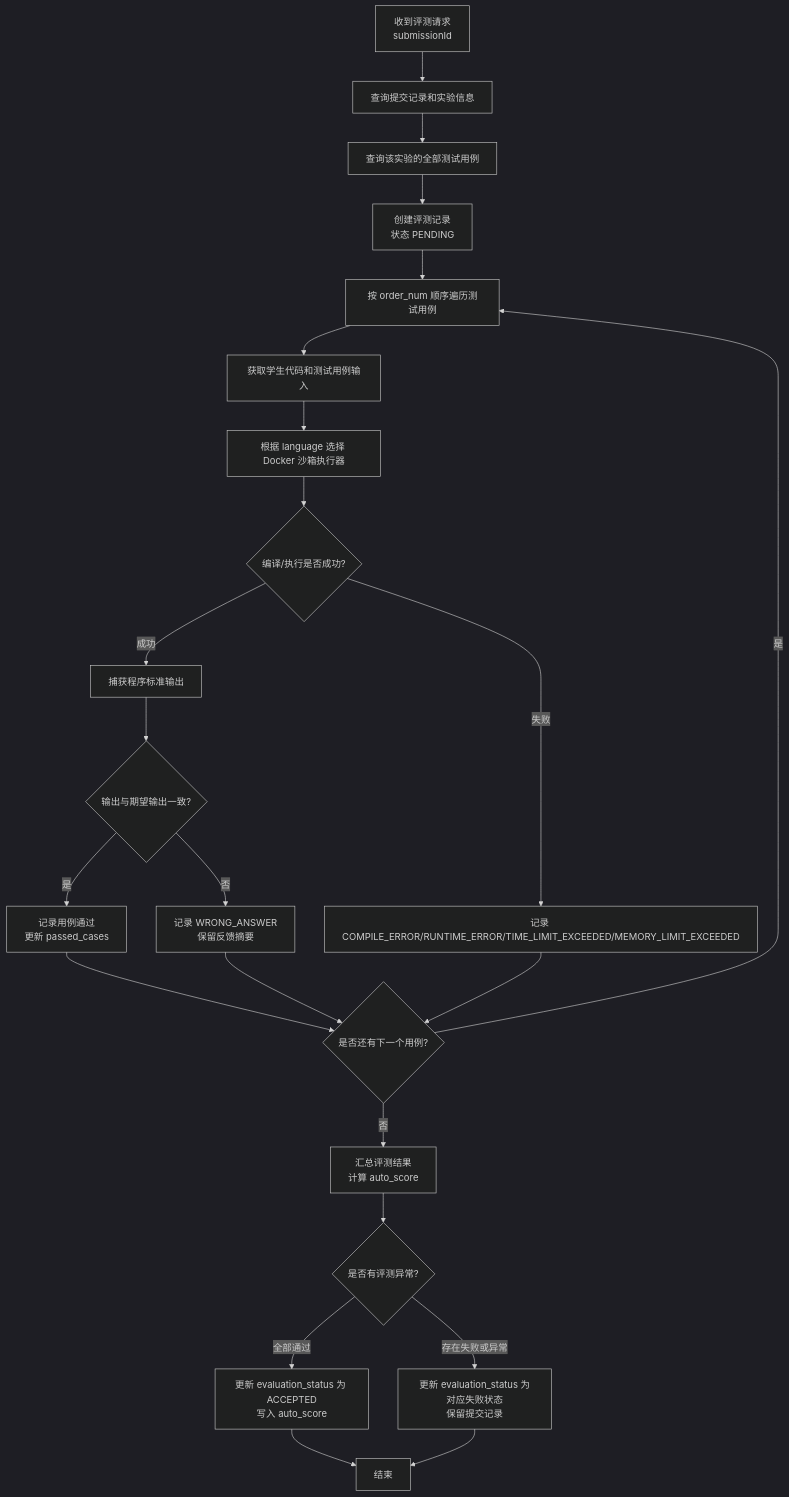
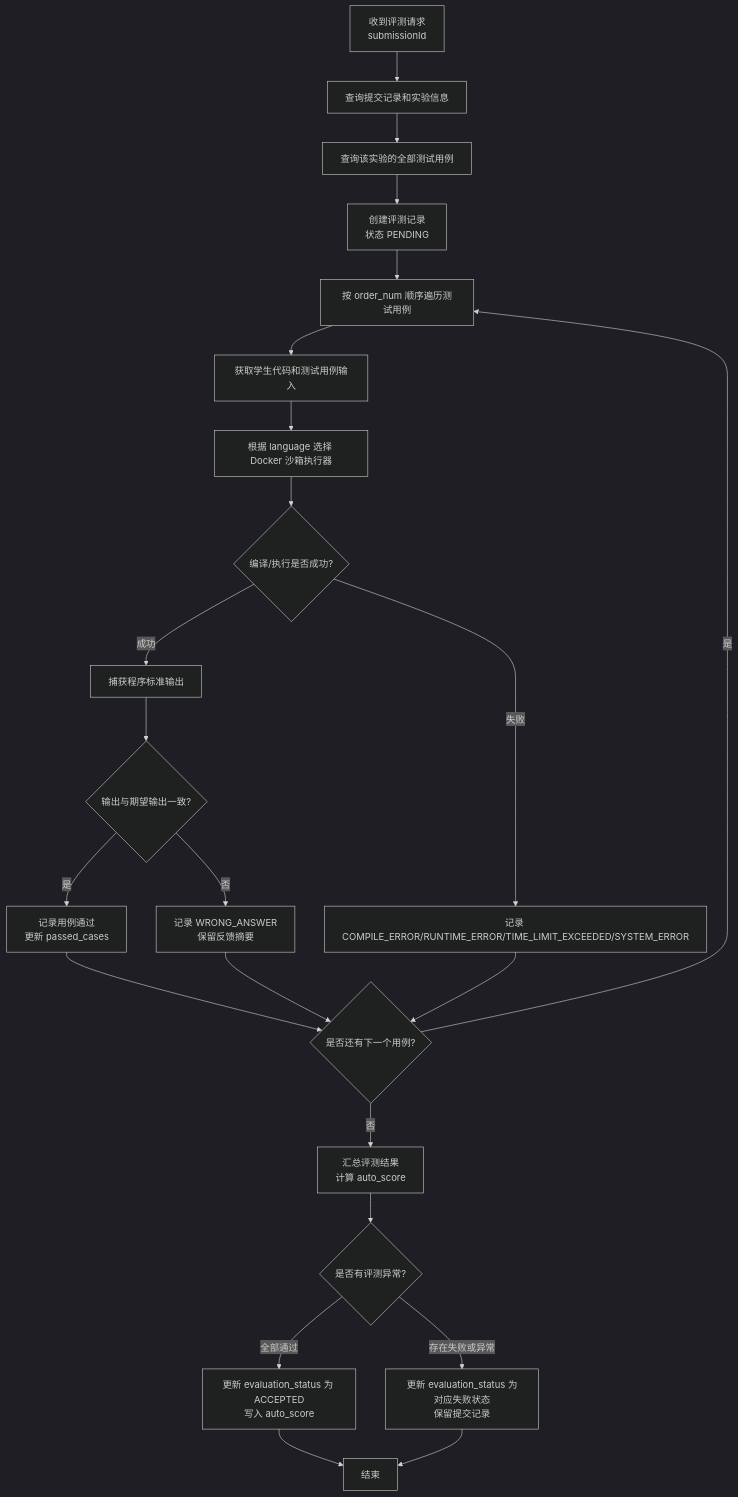
Diagram 29 of 50 in docs/最终提交/软件详细设计说明书.md (Cr4zyorange/OnlineJudge), drawn with Mermaid (dark theme) before and after one commit. The commit also changed other lines of this file and 12 other files, not shown here.

````diff
--- a/docs/最终提交/软件详细设计说明书.md
+++ b/docs/最终提交/软件详细设计说明书.md
@@ -2581,25 +2893,25 @@
 ```mermaid
 flowchart TD
   A[收到评测请求<br/>submissionId] --> B[查询提交记录和实验信息]
   B --> C[查询该实验的全部测试用例]
   C --> D[创建评测记录<br/>状态 PENDING]
   D --> E[按 order_num 顺序遍历测试用例]
   E --> F[获取学生代码和测试用例输入]
   F --> G[根据 language 选择 Docker 沙箱执行器]
   G --> H{编译/执行是否成功?}
   H -- 成功 --> I[捕获程序标准输出]
   I --> J{输出与期望输出一致?}
   J -- 是 --> K[记录用例通过<br/>更新 passed_cases]
   J -- 否 --> L[记录 WRONG_ANSWER<br/>保留反馈摘要]
-  H -- 失败 --> M[记录 COMPILE_ERROR/RUNTIME_ERROR/TIME_LIMIT_EXCEEDED/MEMORY_LIMIT_EXCEEDED]
+  H -- 失败 --> M[记录 COMPILE_ERROR/RUNTIME_ERROR/TIME_LIMIT_EXCEEDED/SYSTEM_ERROR]
   K --> N{是否还有下一个用例?}
   L --> N
   M --> N
   N -- 是 --> E
   N -- 否 --> O[汇总评测结果<br/>计算 auto_score]
   O --> P{是否有评测异常?}
   P -- 全部通过 --> Q[更新 evaluation_status 为 ACCEPTED<br/>写入 auto_score]
   P -- 存在失败或异常 --> R[更新 evaluation_status 为对应失败状态<br/>保留提交记录]
   Q --> S[结束]
   R --> S
 ```
````
